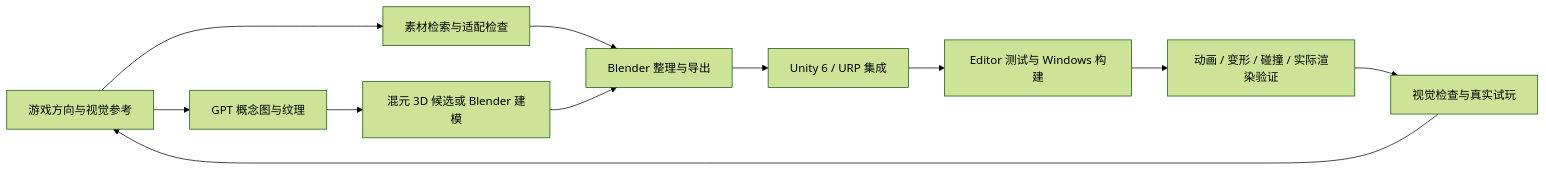
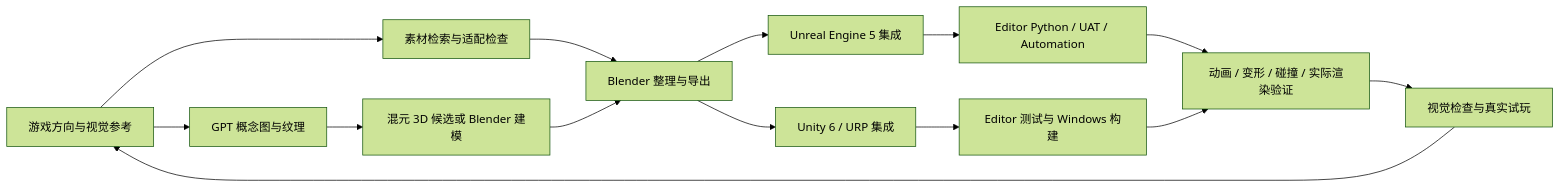
Before and after one commit to 2306192492-coder/ai-game-studio-workbench: the diagram in README.md, drawn with Mermaid (forest theme). The commit also changed other lines of this file and 23 other files, not shown here.

Commit message:
Add shared Unreal Engine 5 adapter with verified Windows build and boot

````diff
--- a/README.md
+++ b/README.md
@@ -7,13 +11,16 @@
 ```mermaid
 flowchart LR
     A[游戏方向与视觉参考] --> B[素材检索与适配检查]
     A --> C[GPT 概念图与纹理]
     C --> D[混元 3D 候选或 Blender 建模]
     B --> E[Blender 整理与导出]
     D --> E
     E --> F[Unity 6 / URP 集成]
+    E --> U[Unreal Engine 5 集成]
+    U --> V[Editor Python / UAT / Automation]
+    V --> H
     F --> G[Editor 测试与 Windows 构建]
     G --> H[动画 / 变形 / 碰撞 / 实际渲染验证]
     H --> I[视觉检查与真实试玩]
     I --> A
 ```
````
